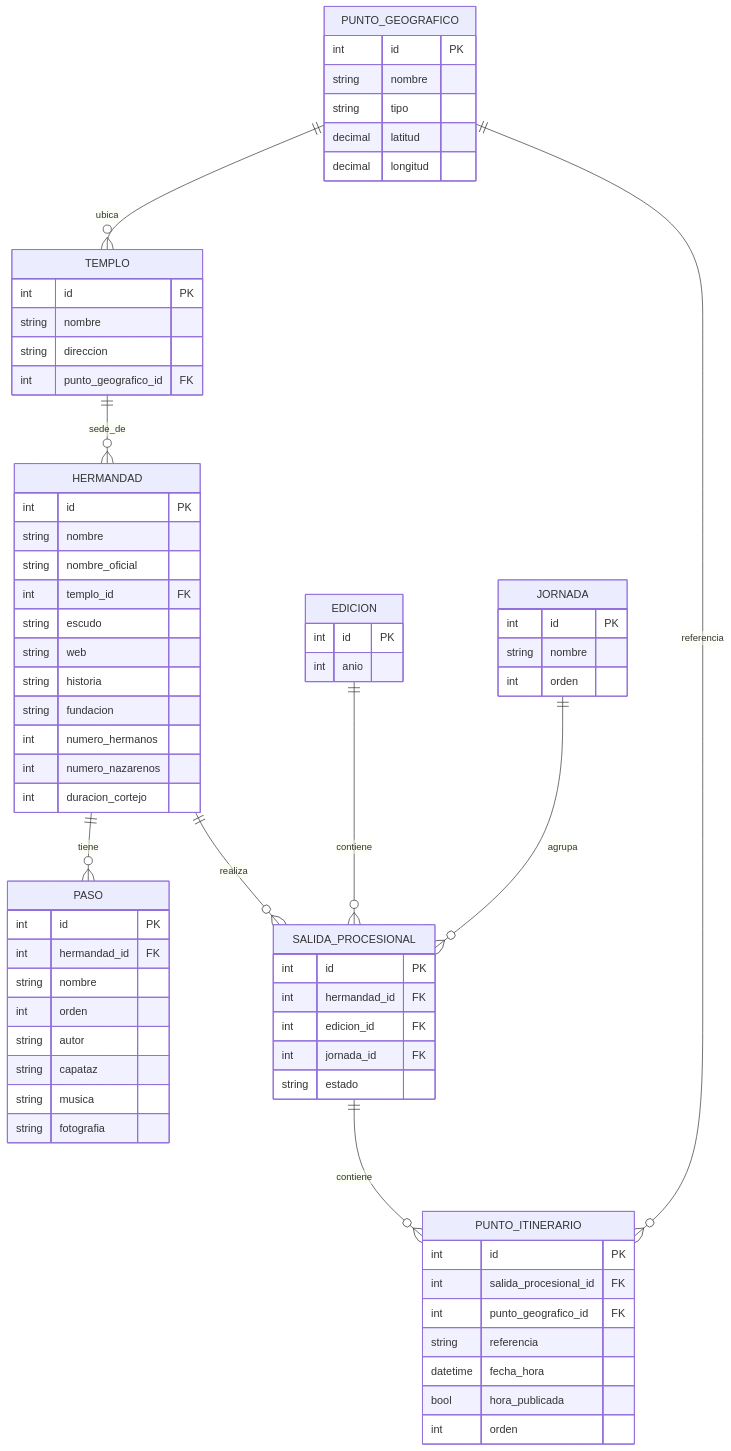
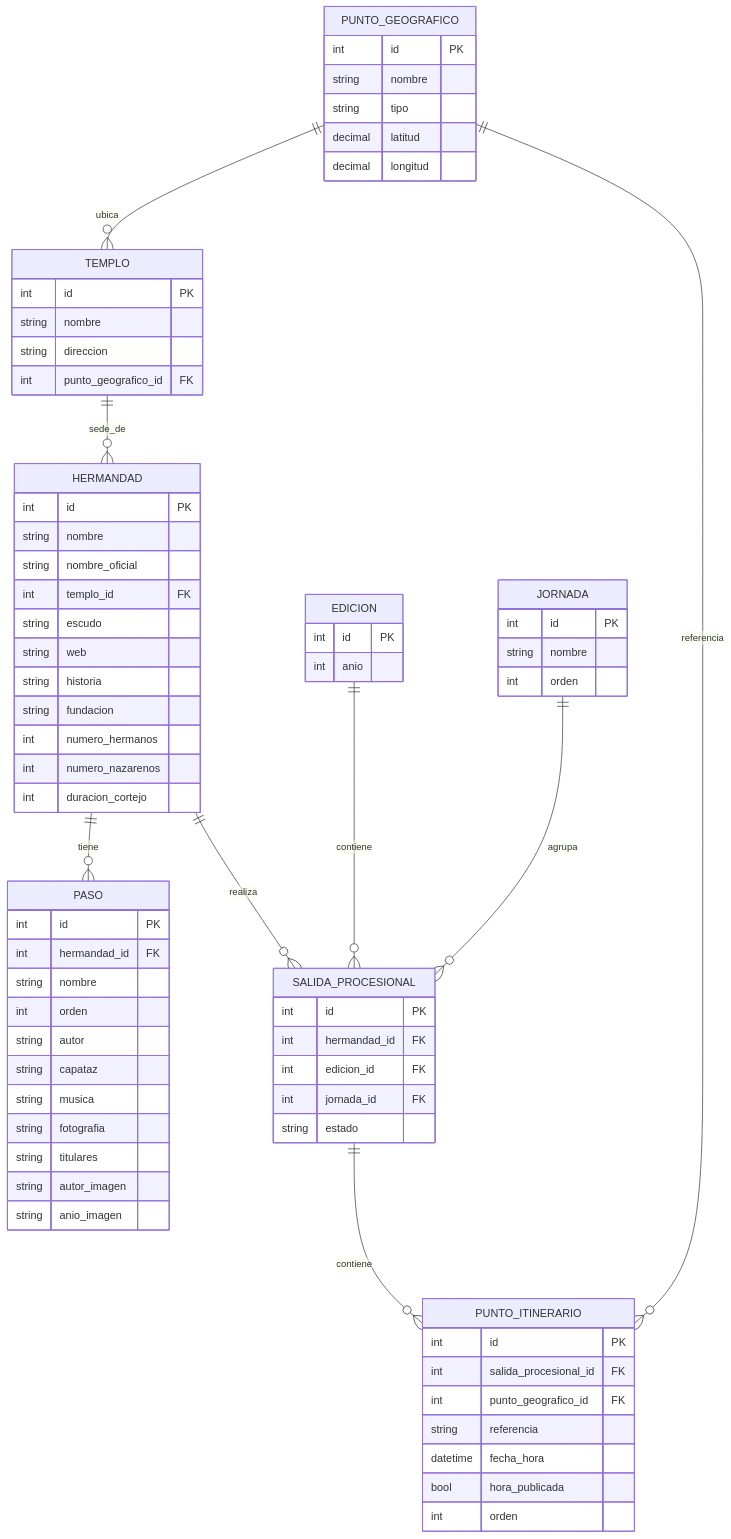
Before and after one commit to barrerot/cofradar2026: the first of 2 diagrams in docs/datos/MODELO.md, drawn with Mermaid. The commit also changed other lines of this file and 8 other files, not shown here.

First line of the commit message:
Titulares, autor y año de cada paso, del archivo de Carlos

```diff
--- a/docs/datos/MODELO.md
+++ b/docs/datos/MODELO.md
@@ -44,6 +44,9 @@
         string capataz
         string musica
         string fotografia
+        string titulares
+        string autor_imagen
+        string anio_imagen
     }
 
     EDICION {
```
